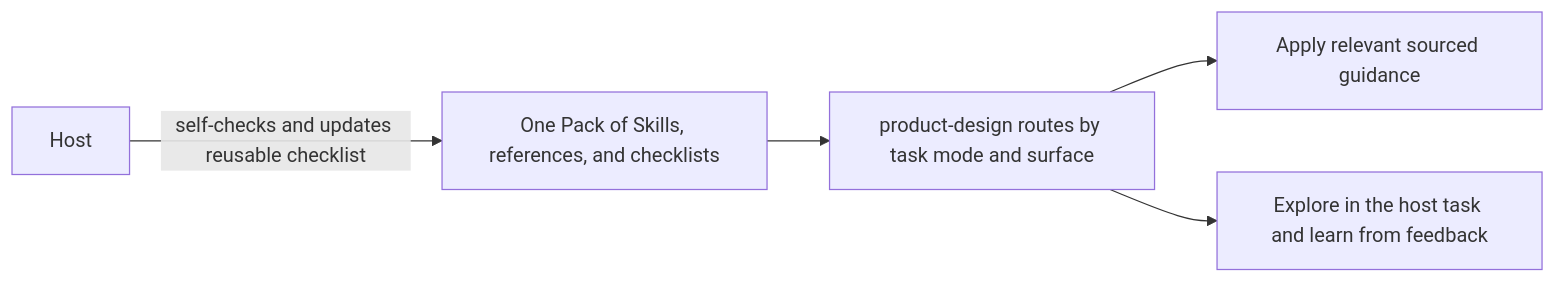
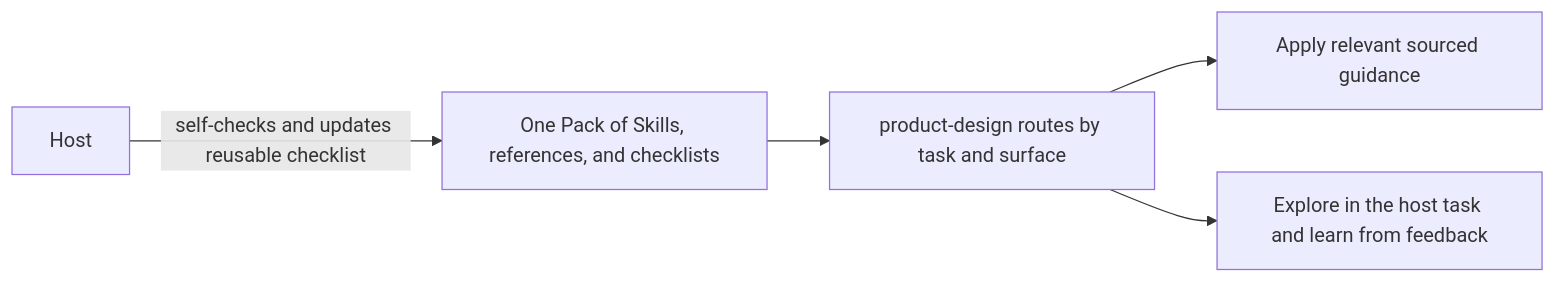
One commit to gksoriginals/taste changed the fifth of 5 diagrams in docs/engineering.md. Above: the diagram before and after it, drawn with Mermaid. The commit also changed other lines of this file and 25 other files, not shown here.

````diff
--- a/docs/engineering.md
+++ b/docs/engineering.md
@@ -415,11 +404,11 @@
 ```mermaid
 flowchart LR
   Pack[One Pack of Skills, references, and checklists]
-  Route[product-design routes by task mode and surface]
+  Route[product-design routes by task and surface]
   Conformance[Apply relevant sourced guidance]
   Expression[Explore in the host task and learn from feedback]
   Pack --> Route
   Route --> Conformance
   Route --> Expression
   Host -->|self-checks and updates reusable checklist| Pack
 ```
````
